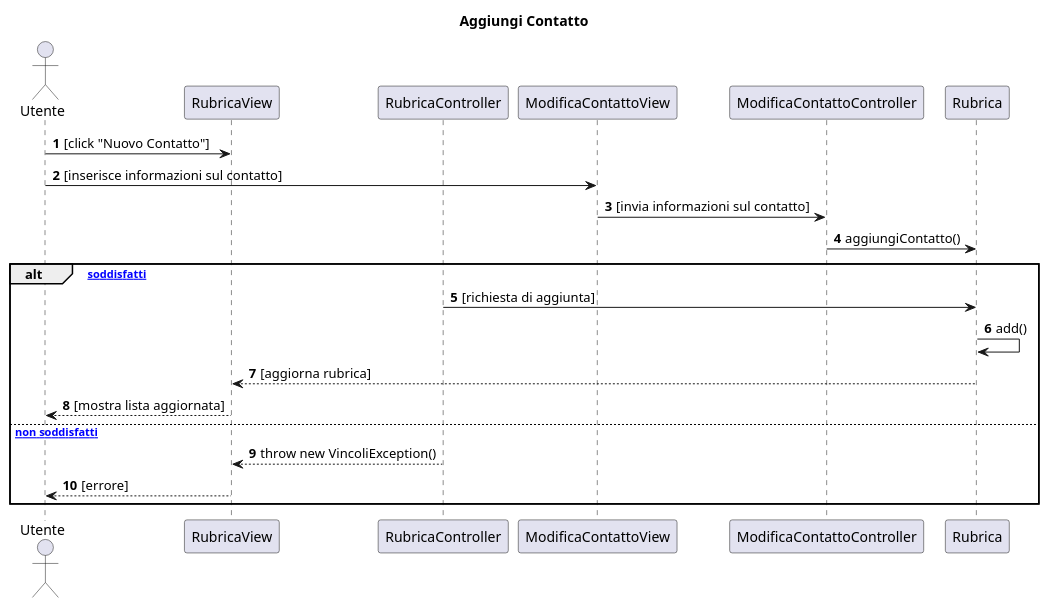
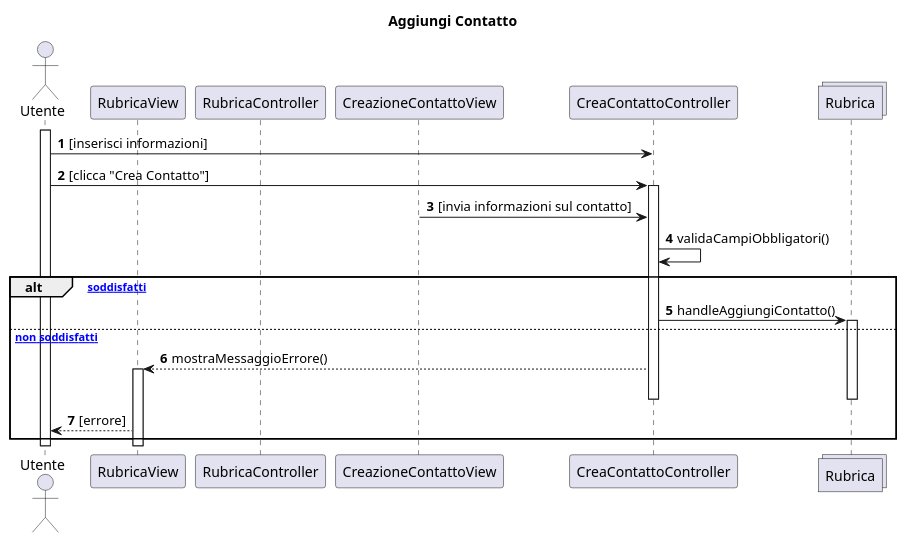
One commit to emanueletocci/uni-swe-project changed the diagram in docs/bozze/Diagrammi/Sequenza2/ScenarioAggiungiContatto.puml. Above: the diagram before and after it, drawn with PlantUML.

```diff
--- a/docs/bozze/Diagrammi/Sequenza2/ScenarioAggiungiContatto.puml
+++ b/docs/bozze/Diagrammi/Sequenza2/ScenarioAggiungiContatto.puml
@@ -1,24 +1,30 @@
-@startuml Aggiunta contatto
+@startuml
 title Aggiungi Contatto
 autonumber
 actor Utente
 participant RubricaView
 participant RubricaController
-participant ModificaContattoView
-participant ModificaContattoController
-participant Rubrica
+participant CreazioneContattoView
+participant CreaContattoController
+collections Rubrica
 
-Utente -> RubricaView : [click "Nuovo Contatto"]
-Utente->ModificaContattoView: [inserisce informazioni sul contatto]
-ModificaContattoView -> ModificaContattoController : [invia informazioni sul contatto]
-ModificaContattoController -> Rubrica : aggiungiContatto()
+activate Utente
+Utente->CreaContattoController: [inserisci informazioni]
+Utente->CreaContattoController: [clicca "Crea Contatto"]
+activate CreaContattoController
+CreazioneContattoView-> CreaContattoController : [invia informazioni sul contatto]
+CreaContattoController-> CreaContattoController:  validaCampiObbligatori()
 alt [vincoli soddisfatti]
-RubricaController->Rubrica: [richiesta di aggiunta]
-Rubrica->Rubrica: add()
-Rubrica-->RubricaView: [aggiorna rubrica]
-RubricaView-->Utente: [mostra lista aggiornata]
-else [vincoli non soddisfatti]
-RubricaController-->RubricaView: throw new VincoliException()
+CreaContattoController-> Rubrica : handleAggiungiContatto()
+activate Rubrica
+else [vincoli non soddisfatti] 
+CreaContattoController-->RubricaView: mostraMessaggioErrore()
+activate RubricaView
+deactivate CreaContattoController
+deactivate Rubrica
 RubricaView-->Utente: [errore]
 end
+deactivate RubricaView
+deactivate Utente
+
 @enduml
```
